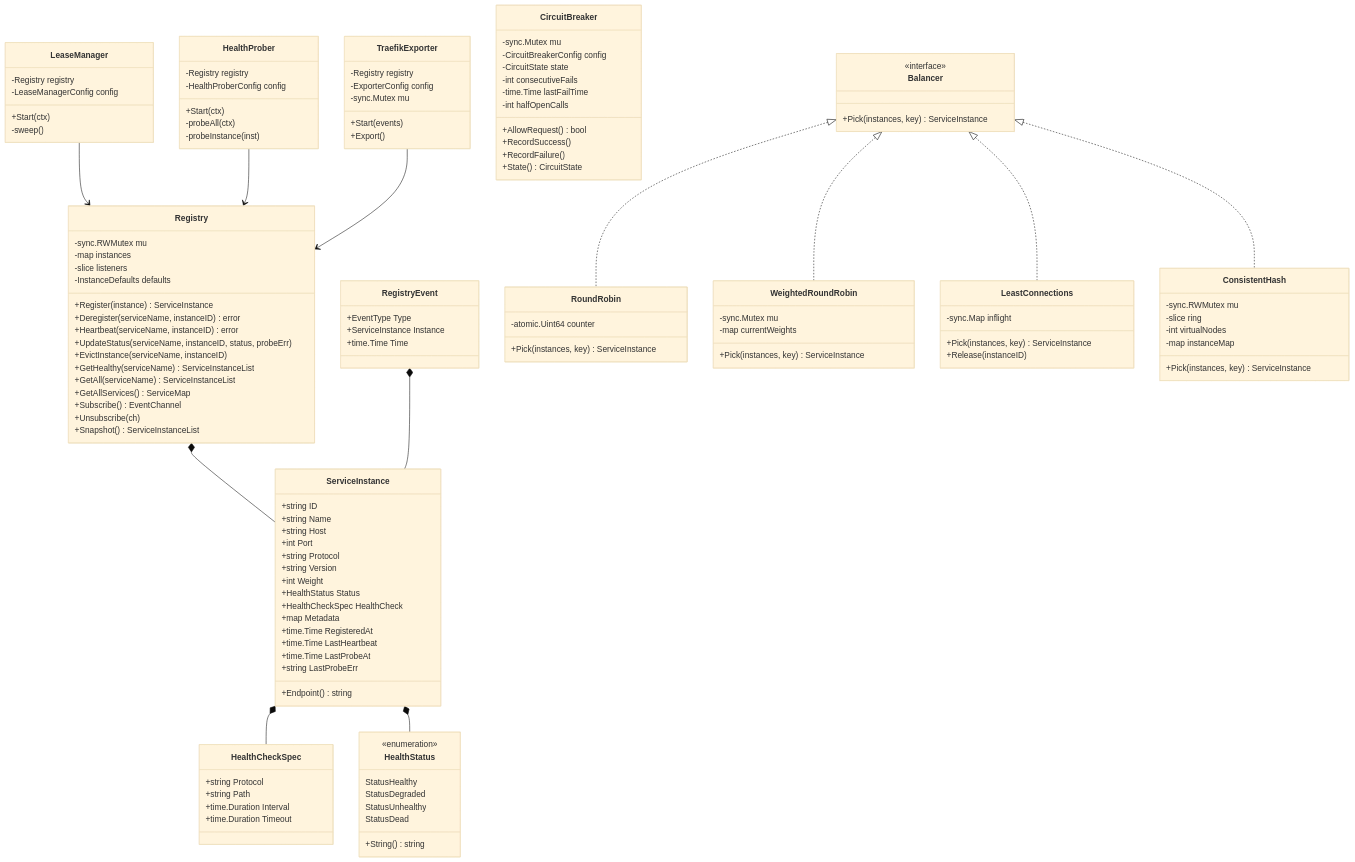
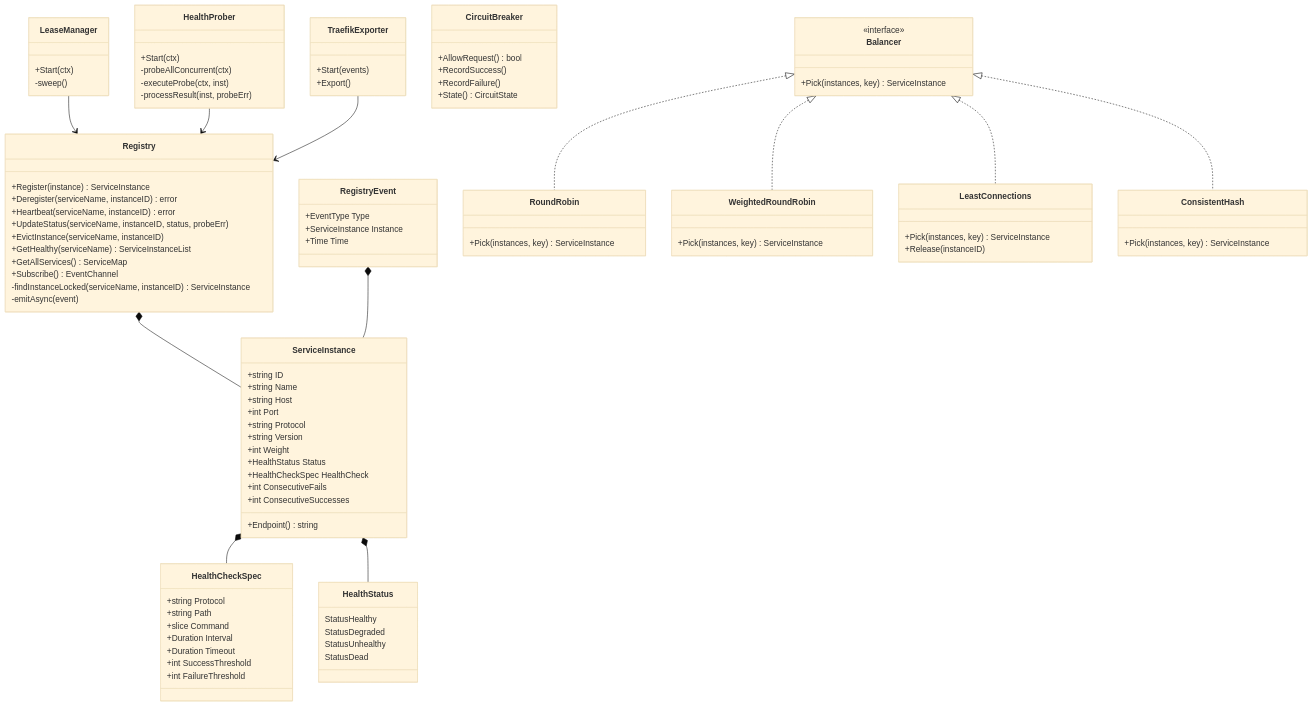
The third of 6 diagrams in docs/architectureDoc/adr-0009-service-registry-and-discovery.md (Chief-Strategist-J/llm-obs-infra), drawn with Mermaid (base theme) before and after one commit. The commit also changed other lines of this file and 15 other files, not shown here.

```diff
--- a/docs/architectureDoc/adr-0009-service-registry-and-discovery.md
+++ b/docs/architectureDoc/adr-0009-service-registry-and-discovery.md
@@ -227,67 +247,57 @@
         +int Weight
         +HealthStatus Status
         +HealthCheckSpec HealthCheck
-        +map Metadata
-        +time.Time RegisteredAt
-        +time.Time LastHeartbeat
-        +time.Time LastProbeAt
-        +string LastProbeErr
+        +int ConsecutiveFails
+        +int ConsecutiveSuccesses
         +Endpoint() string
     }
 
     class HealthCheckSpec {
         +string Protocol
         +string Path
-        +time.Duration Interval
-        +time.Duration Timeout
+        +slice Command
+        +Duration Interval
+        +Duration Timeout
+        +int SuccessThreshold
+        +int FailureThreshold
     }
 
     class HealthStatus {
-        <<enumeration>>
         StatusHealthy
         StatusDegraded
         StatusUnhealthy
         StatusDead
-        +String() string
     }
 
     class RegistryEvent {
         +EventType Type
         +ServiceInstance Instance
-        +time.Time Time
+        +Time Time
     }
 
     class Registry {
-        -sync.RWMutex mu
-        -map instances
-        -slice listeners
-        -InstanceDefaults defaults
         +Register(instance) ServiceInstance
         +Deregister(serviceName, instanceID) error
         +Heartbeat(serviceName, instanceID) error
         +UpdateStatus(serviceName, instanceID, status, probeErr)
         +EvictInstance(serviceName, instanceID)
         +GetHealthy(serviceName) ServiceInstanceList
-        +GetAll(serviceName) ServiceInstanceList
         +GetAllServices() ServiceMap
         +Subscribe() EventChannel
-        +Unsubscribe(ch)
-        +Snapshot() ServiceInstanceList
+        -findInstanceLocked(serviceName, instanceID) ServiceInstance
+        -emitAsync(event)
     }
 
     class LeaseManager {
-        -Registry registry
-        -LeaseManagerConfig config
         +Start(ctx)
         -sweep()
     }
 
     class HealthProber {
-        -Registry registry
-        -HealthProberConfig config
         +Start(ctx)
-        -probeAll(ctx)
-        -probeInstance(inst)
+        -probeAllConcurrent(ctx)
+        -executeProbe(ctx, inst)
+        -processResult(inst, probeErr)
     }
 
     class Balancer {
@@ -296,37 +306,23 @@
     }
 
     class RoundRobin {
-        -atomic.Uint64 counter
         +Pick(instances, key) ServiceInstance
     }
 
     class WeightedRoundRobin {
-        -sync.Mutex mu
-        -map currentWeights
         +Pick(instances, key) ServiceInstance
     }
 
     class LeastConnections {
-        -sync.Map inflight
         +Pick(instances, key) ServiceInstance
         +Release(instanceID)
     }
 
     class ConsistentHash {
-        -sync.RWMutex mu
-        -slice ring
-        -int virtualNodes
-        -map instanceMap
         +Pick(instances, key) ServiceInstance
     }
 
     class CircuitBreaker {
-        -sync.Mutex mu
-        -CircuitBreakerConfig config
-        -CircuitState state
-        -int consecutiveFails
-        -time.Time lastFailTime
-        -int halfOpenCalls
         +AllowRequest() bool
         +RecordSuccess()
         +RecordFailure()
@@ -334,9 +330,6 @@
     }
 
     class TraefikExporter {
-        -Registry registry
-        -ExporterConfig config
-        -sync.Mutex mu
         +Start(events)
         +Export()
     }
```
